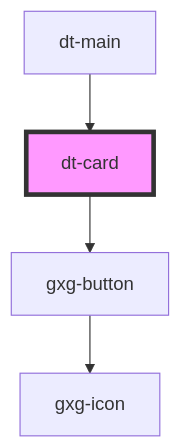
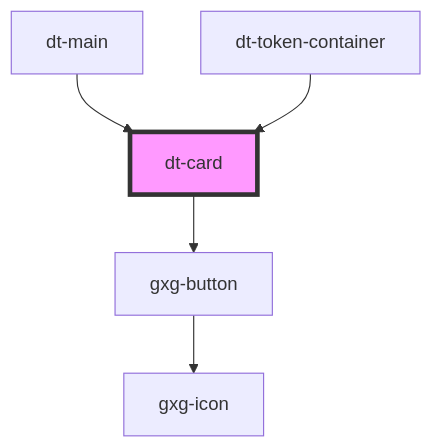
Before and after one commit to genexuslabs/design-tokens-editor: the diagram in src/components/card/readme.md, drawn with Mermaid. The commit also changed other lines of this file and 33 other files, not shown here.

Commit message:
finish token-container code

````diff
--- a/src/components/card/readme.md
+++ b/src/components/card/readme.md
@@ -47,7 +48,8 @@
 ```mermaid
 graph TD;
   dt-card --> gxg-button
   gxg-button --> gxg-icon
   dt-main --> dt-card
+  dt-token-container --> dt-card
   style dt-card fill:#f9f,stroke:#333,stroke-width:4px
 ```
````
